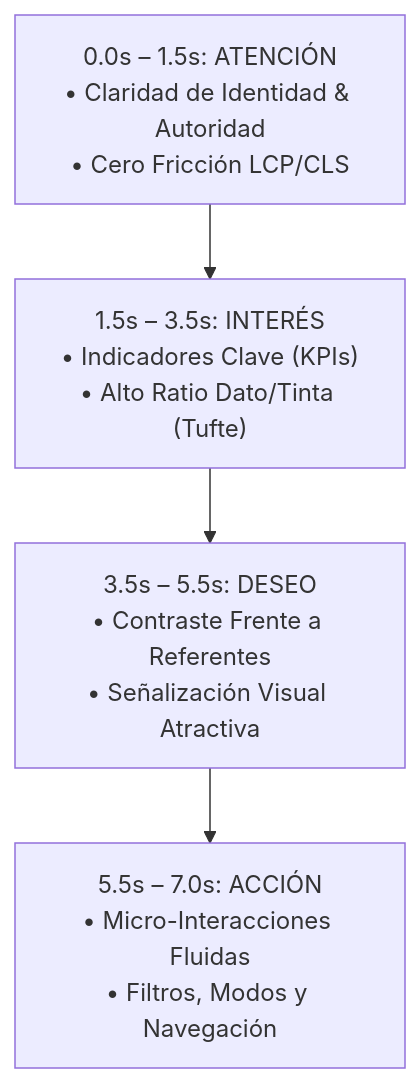
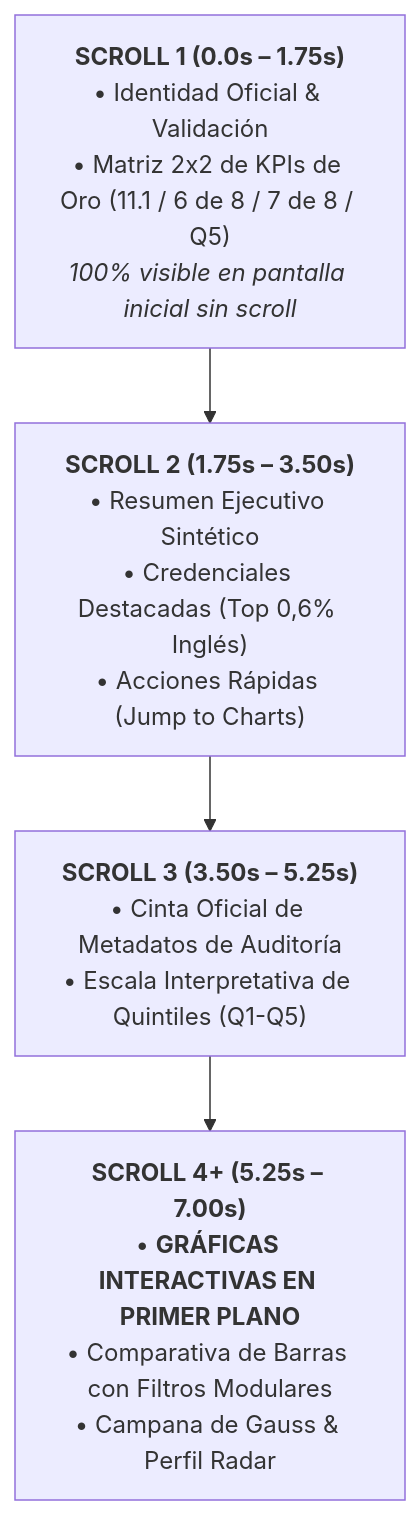
The diagram in docs/HEURISTICA_7_SEGUNDOS.md (willkwolf/ICFES-saberPro2015), drawn with Mermaid before and after one commit. The commit also changed other lines of this file and 4 other files, not shown here.

Commit message:
feat(ux): implement 4-scroll progressive architecture and lean mobile pacing

````diff
--- a/docs/HEURISTICA_7_SEGUNDOS.md
+++ b/docs/HEURISTICA_7_SEGUNDOS.md
@@ -19,6 +13,6 @@
 ```mermaid
 flowchart TD
-    A["0.0s – 1.5s: ATENCIÓN<br/>• Claridad de Identidad & Autoridad<br/>• Cero Fricción LCP/CLS"] --> B["1.5s – 3.5s: INTERÉS<br/>• Indicadores Clave (KPIs)<br/>• Alto Ratio Dato/Tinta (Tufte)"]
-    B --> C["3.5s – 5.5s: DESEO<br/>• Contraste Frente a Referentes<br/>• Señalización Visual Atractiva"]
-    C --> D["5.5s – 7.0s: ACCIÓN<br/>• Micro-Interacciones Fluidas<br/>• Filtros, Modos y Navegación"]
+    S1["<b>SCROLL 1 (0.0s – 1.75s)</b><br/>• Identidad Oficial & Validación<br/>• Matriz 2x2 de KPIs de Oro (11.1 / 6 de 8 / 7 de 8 / Q5)<br/><i>100% visible en pantalla inicial sin scroll</i>"] --> S2["<b>SCROLL 2 (1.75s – 3.50s)</b><br/>• Resumen Ejecutivo Sintético<br/>• Credenciales Destacadas (Top 0,6% Inglés)<br/>• Acciones Rápidas (Jump to Charts)"]
+    S2 --> S3["<b>SCROLL 3 (3.50s – 5.25s)</b><br/>• Cinta Oficial de Metadatos de Auditoría<br/>• Escala Interpretativa de Quintiles (Q1-Q5)"]
+    S3 --> S4["<b>SCROLL 4+ (5.25s – 7.00s)</b><br/>• <b>GRÁFICAS INTERACTIVAS EN PRIMER PLANO</b><br/>• Comparativa de Barras con Filtros Modulares<br/>• Campana de Gauss & Perfil Radar"]
 ```
````
